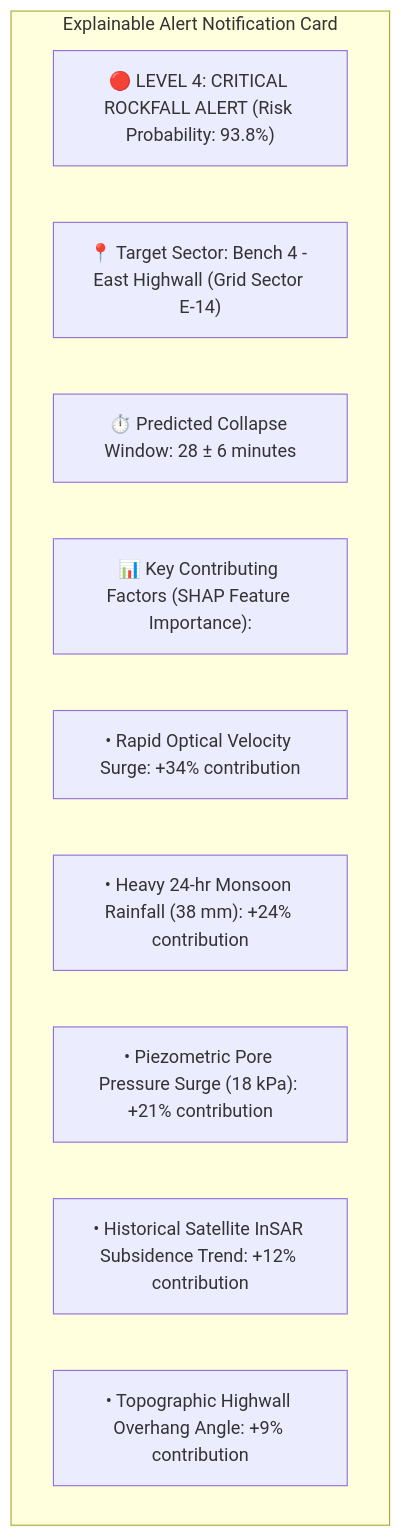
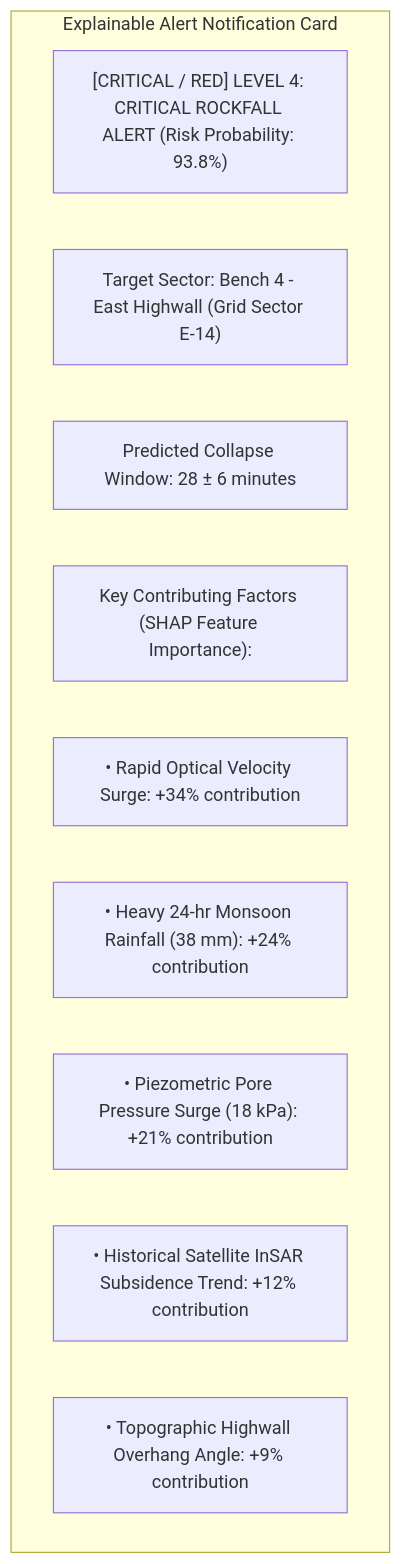
One commit to angelverman2021-a11y/Report changed diagram 15 of 16 in docs/03_Satellite_InSAR_DInSAR_PSInSAR_SBAS.md. Above: the diagram before and after it, drawn with Mermaid. The commit also changed other lines of this file and 32 other files, not shown here.

````diff
--- a/docs/03_Satellite_InSAR_DInSAR_PSInSAR_SBAS.md
+++ b/docs/03_Satellite_InSAR_DInSAR_PSInSAR_SBAS.md
@@ -675,14 +675,14 @@
 ```mermaid
 graph TD
-    subgraph Explainable Alert Notification Card
-        A["🔴 LEVEL 4: CRITICAL ROCKFALL ALERT (Risk Probability: 93.8%)"]
-        B["📍 Target Sector: Bench 4 - East Highwall (Grid Sector E-14)"]
-        C["⏱️ Predicted Collapse Window: 28 ± 6 minutes"]
-        D["📊 Key Contributing Factors (SHAP Feature Importance):"]
-        D1["• Rapid Optical Velocity Surge: +34% contribution"]
-        D2["• Heavy 24-hr Monsoon Rainfall (38 mm): +24% contribution"]
-        D3["• Piezometric Pore Pressure Surge (18 kPa): +21% contribution"]
-        D4["• Historical Satellite InSAR Subsidence Trend: +12% contribution"]
-        D5["• Topographic Highwall Overhang Angle: +9% contribution"]
-    end
+ subgraph Explainable Alert Notification Card
+ A["[CRITICAL / RED] LEVEL 4: CRITICAL ROCKFALL ALERT (Risk Probability: 93.8%)"]
+ B[" Target Sector: Bench 4 - East Highwall (Grid Sector E-14)"]
+ C[" Predicted Collapse Window: 28 ± 6 minutes"]
+ D[" Key Contributing Factors (SHAP Feature Importance):"]
+ D1["• Rapid Optical Velocity Surge: +34% contribution"]
+ D2["• Heavy 24-hr Monsoon Rainfall (38 mm): +24% contribution"]
+ D3["• Piezometric Pore Pressure Surge (18 kPa): +21% contribution"]
+ D4["• Historical Satellite InSAR Subsidence Trend: +12% contribution"]
+ D5["• Topographic Highwall Overhang Angle: +9% contribution"]
+ end
 ```
````
